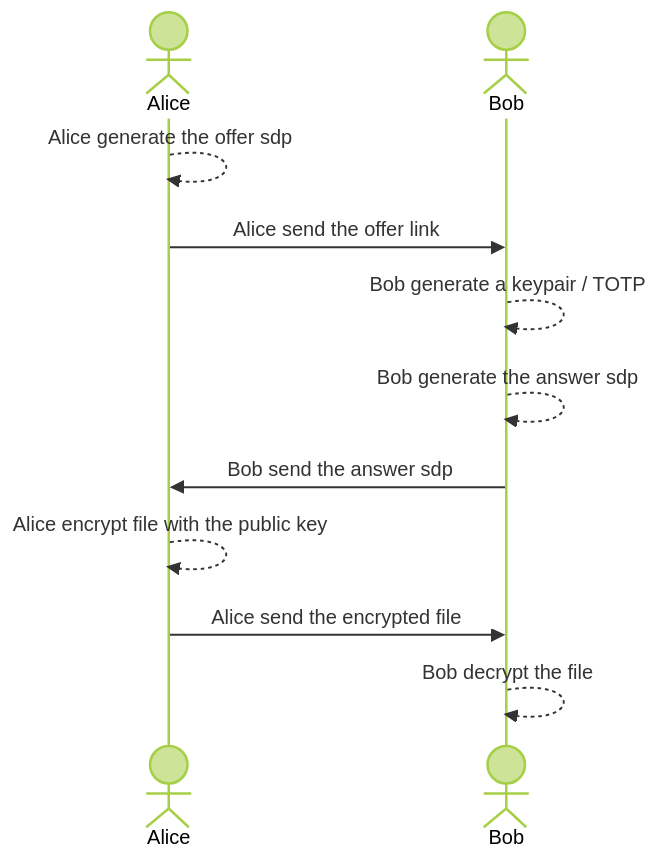
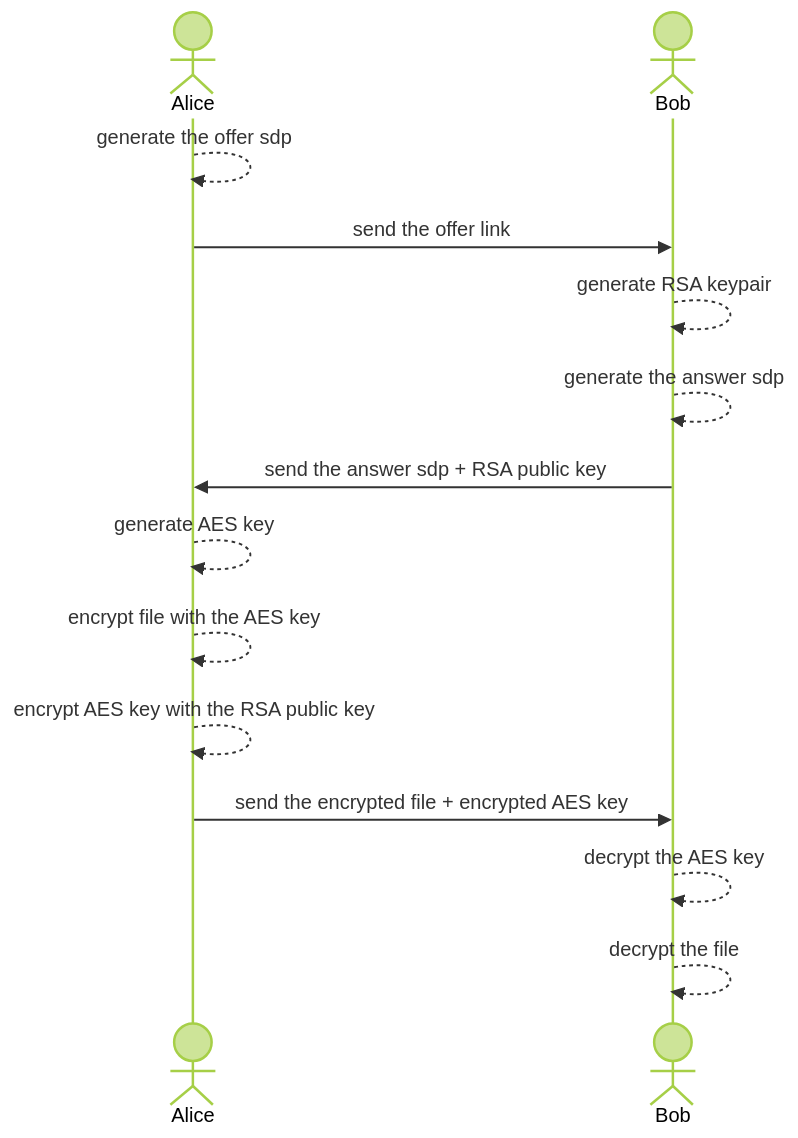
One commit to ntsd/zero-share changed the diagram in README.md. Above: the diagram before and after it, drawn with Mermaid (forest theme). The commit also changed other lines of this file and 8 other files, not shown here.

````diff
--- a/README.md
+++ b/README.md
@@ -9,13 +25,16 @@
 ```mermaid
 sequenceDiagram
     actor Alice
     actor Bob
-    Alice-->>Alice: Alice generate the offer sdp
-    Alice->>Bob: Alice send the offer link
-    Bob-->>Bob: Bob generate a keypair / TOTP
-    Bob-->>Bob: Bob generate the answer sdp
-    Bob->>Alice: Bob send the answer sdp
-    Alice-->>Alice: Alice encrypt file with the public key
-    Alice->>Bob: Alice send the encrypted file
-    Bob-->>Bob: Bob decrypt the file
+    Alice-->>Alice: generate the offer sdp
+    Alice->>Bob: send the offer link
+    Bob-->>Bob: generate RSA keypair
+    Bob-->>Bob: generate the answer sdp
+    Bob->>Alice: send the answer sdp + RSA public key
+    Alice-->>Alice: generate AES key
+    Alice-->>Alice: encrypt file with the AES key
+    Alice-->>Alice: encrypt AES key with the RSA public key
+    Alice->>Bob: send the encrypted file + encrypted AES key
+    Bob-->>Bob: decrypt the AES key
+    Bob-->>Bob: decrypt the file
 ```
````
